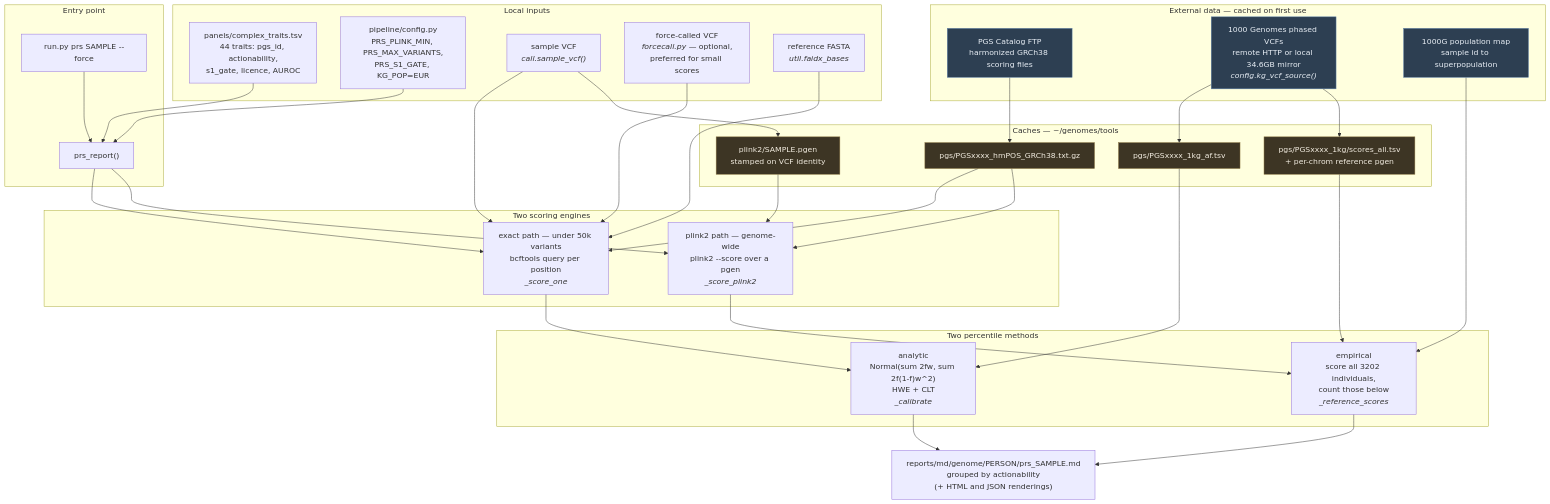
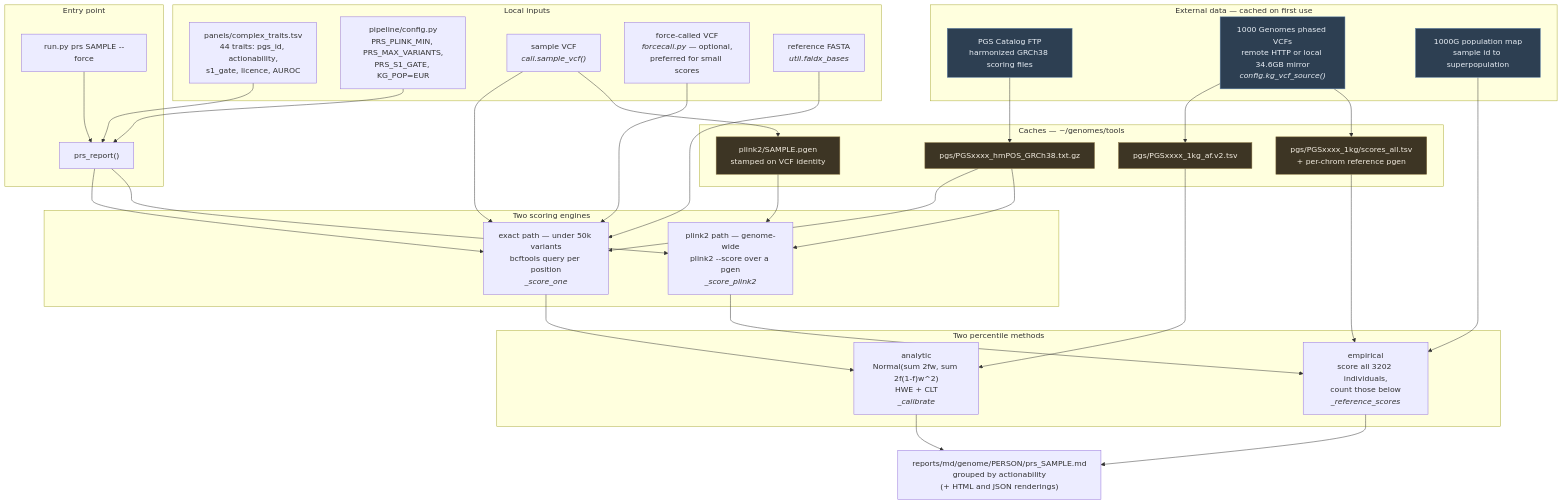
Before and after one commit to pgodlews/genome-ledger: the first of 4 diagrams in docs/prs-architecture.md, drawn with Mermaid. The commit also changed other lines of this file and 39 other files, not shown here.

````diff
--- a/docs/prs-architecture.md
+++ b/docs/prs-architecture.md
@@ -34,64 +34,64 @@
 ```mermaid
 flowchart TB
   subgraph entry["Entry point"]
     CLI["run.py prs SAMPLE --force"]
     REP["prs_report()"]
   end
 
   subgraph inputs["Local inputs"]
     PANEL["panels/complex_traits.tsv<br/>44 traits: pgs_id, actionability,<br/>s1_gate, licence, AUROC"]
     CFG["pipeline/config.py<br/>PRS_PLINK_MIN, PRS_MAX_VARIANTS,<br/>PRS_S1_GATE, KG_POP=EUR"]
     VCF["sample VCF<br/><i>call.sample_vcf()</i>"]
     FC["force-called VCF<br/><i>forcecall.py</i> — optional,<br/>preferred for small scores"]
     FA["reference FASTA<br/><i>util.faidx_bases</i>"]
   end
 
   subgraph remote["External data — cached on first use"]
     PGSC["PGS Catalog FTP<br/>harmonized GRCh38 scoring files"]
     KG["1000 Genomes phased VCFs<br/>remote HTTP or local 34.6GB mirror<br/><i>config.kg_vcf_source()</i>"]
     MAP["1000G population map<br/>sample id to superpopulation"]
   end
 
   subgraph engines["Two scoring engines"]
     EX["exact path — under 50k variants<br/>bcftools query per position<br/><i>_score_one</i>"]
     PL["plink2 path — genome-wide<br/>plink2 --score over a pgen<br/><i>_score_plink2</i>"]
   end
 
   subgraph calib["Two percentile methods"]
     AN["analytic<br/>Normal(sum 2fw, sum 2f(1-f)w^2)<br/>HWE + CLT<br/><i>_calibrate</i>"]
     EMP["empirical<br/>score all 3202 individuals,<br/>count those below<br/><i>_reference_scores</i>"]
   end
 
   subgraph caches["Caches — ~/genomes/tools"]
     C1["pgs/PGSxxxx_hmPOS_GRCh38.txt.gz"]
-    C2["pgs/PGSxxxx_1kg_af.tsv"]
+    C2["pgs/PGSxxxx_1kg_af.v2.tsv"]
     C3["pgs/PGSxxxx_1kg/scores_all.tsv<br/>+ per-chrom reference pgen"]
     C4["plink2/SAMPLE.pgen<br/>stamped on VCF identity"]
   end
 
   OUT["reports/md/genome/PERSON/prs_SAMPLE.md<br/>grouped by actionability<br/>(+ HTML and JSON renderings)"]
 
   CLI --> REP
   PANEL --> REP
   CFG --> REP
   REP --> EX
   REP --> PL
   VCF --> EX
   FC --> EX
   FA --> EX
   VCF --> C4 --> PL
   PGSC --> C1 --> EX
   C1 --> PL
   EX --> AN
   PL --> EMP
   KG --> C2 --> AN
   KG --> C3 --> EMP
   MAP --> EMP
   AN --> OUT
   EMP --> OUT
 
   classDef ext fill:#2d3f52,stroke:#5b7ea8,color:#e8eef5
   classDef cache fill:#3d3524,stroke:#8a7440,color:#f2ece0
   class PGSC,KG,MAP ext
   class C1,C2,C3,C4 cache
 ```
````
